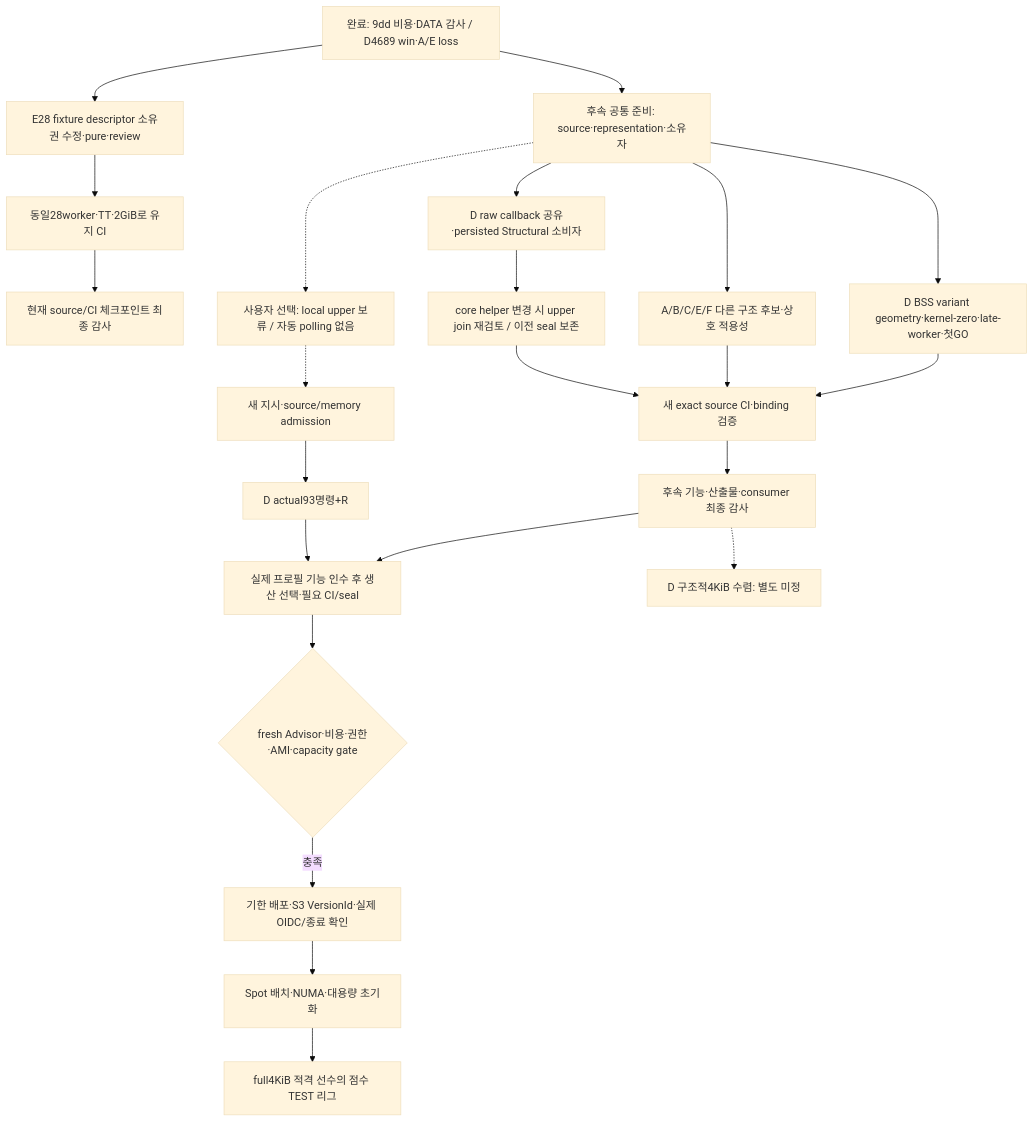
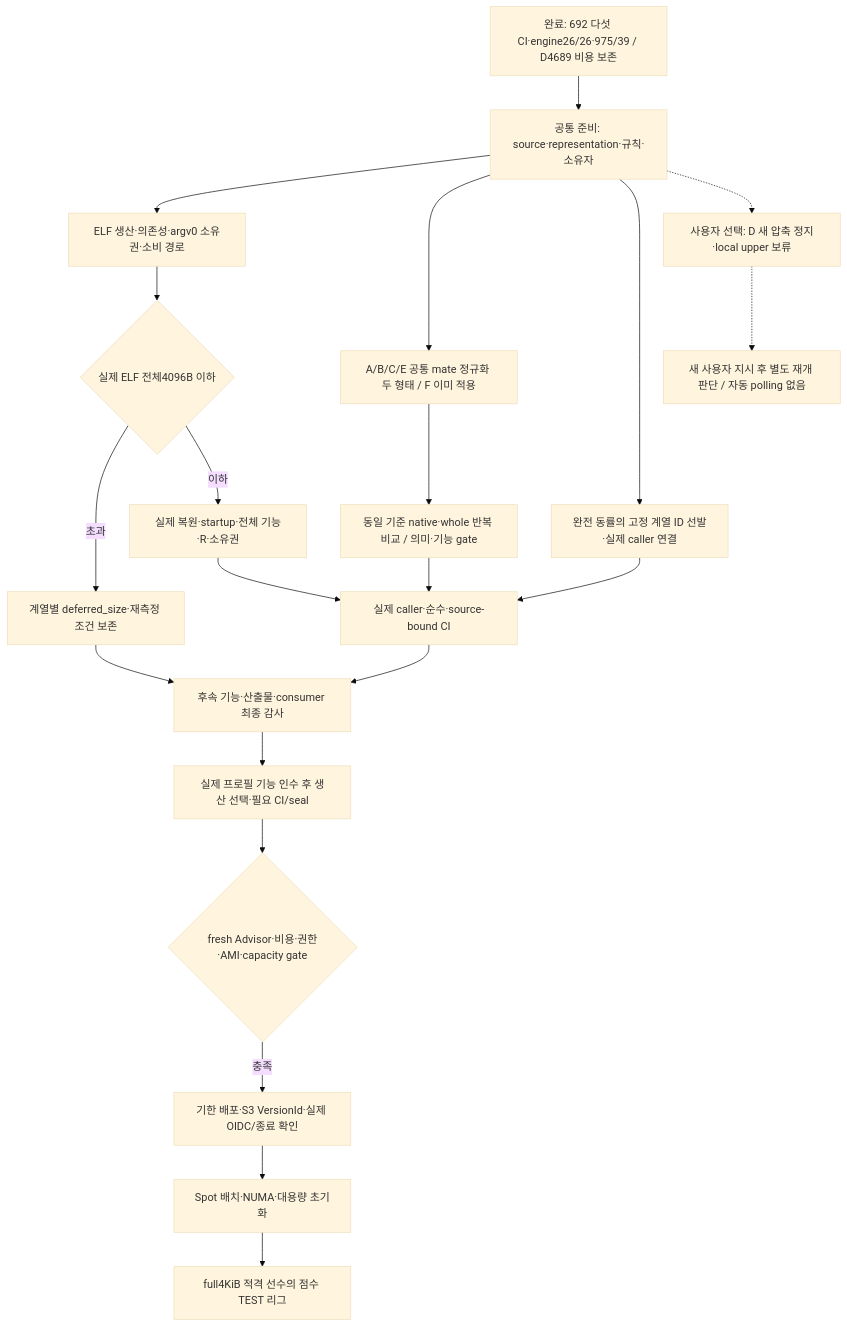
The fourth of 4 diagrams in docs/ENGINE-PLAN.ko.md (daejunnom/Rove4k), drawn with Mermaid (base theme) before and after one commit. The commit also changed other lines of this file and 8 other files, not shown here.

```diff
--- a/docs/ENGINE-PLAN.ko.md
+++ b/docs/ENGINE-PLAN.ko.md
@@ -709,25 +710,23 @@
 ~~~mermaid
 flowchart TD
-  DONE[완료: 9dd 비용·DATA 감사 / D4689 win·A/E loss] --> FIX[E28 fixture descriptor 소유권 수정·pure·review]
-  FIX --> RETAIN[동일28worker·TT·2GiB로 유지 CI]
-  RETAIN --> AUDIT[현재 source/CI 체크포인트 최종 감사]
-  DONE --> PREP[후속 공통 준비: source·representation·소유자]
-  PREP --> D[D raw callback 공유·persisted Structural 소비자]
-  PREP --> AE[A/B/C/E/F 다른 구조 후보·상호 적용성]
-  PREP --> BSS[D BSS variant geometry·kernel-zero·late-worker·첫GO]
-  D --> JOIN[core helper 변경 시 upper join 재검토 / 이전 seal 보존]
-  JOIN --> CI[새 exact source CI·binding 검증]
-  AE --> CI
-  BSS --> CI
-  CI --> NEXTAUDIT[후속 기능·산출물·consumer 최종 감사]
-  PREP -.-> HOLD[사용자 선택: local upper 보류 / 자동 polling 없음]
-  HOLD -.-> MEM[새 지시·source/memory admission]
-  MEM --> UPPER[D actual93명령+R]
-  UPPER --> SELECT[실제 프로필 기능 인수 후 생산 선택·필요 CI/seal]
-  NEXTAUDIT --> SELECT
+  DONE[완료: 692 다섯 CI·engine26/26·975/39 / D4689 비용 보존] --> PREP[공통 준비: source·representation·규칙·소유자]
+  PREP --> ELF[ELF 생산·의존성·argv0 소유권·소비 경로]
+  PREP --> MATE[A/B/C/E 공통 mate 정규화 두 형태 / F 이미 적용]
+  PREP --> LEAGUEFIX[완전 동률의 고정 계열 ID 선발·실제 caller 연결]
+  ELF --> SIZE{실제 ELF 전체4096B 이하}
+  SIZE -->|초과| DEFER[계열별 deferred_size·재측정 조건 보존]
+  SIZE -->|이하| ELFR[실제 복원·startup·전체 기능·R·소유권]
+  MATE --> COST[동일 기준 native·whole 반복 비교 / 의미·기능 gate]
+  LEAGUEFIX --> CI[실제 caller·순수·source-bound CI]
+  COST --> CI
+  ELFR --> CI
+  DEFER --> NEXTAUDIT[후속 기능·산출물·consumer 최종 감사]
+  CI --> NEXTAUDIT
+  PREP -.-> DHOLD[사용자 선택: D 새 압축 정지·local upper 보류]
+  DHOLD -.-> RESUME[새 사용자 지시 후 별도 재개 판단 / 자동 polling 없음]
+  NEXTAUDIT --> SELECT[실제 프로필 기능 인수 후 생산 선택·필요 CI/seal]
   SELECT --> GATE{fresh Advisor·비용·권한·AMI·capacity gate}
   GATE -->|충족| LIVE[기한 배포·S3 VersionId·실제 OIDC/종료 확인]
   LIVE --> NUMA[Spot 배치·NUMA·대용량 초기화]
   NUMA --> LEAGUE[full4KiB 적격 선수의 점수 TEST 리그]
-  NEXTAUDIT -.-> SIZE[D 구조적4KiB 수렴: 별도 미정]
 ~~~
```
